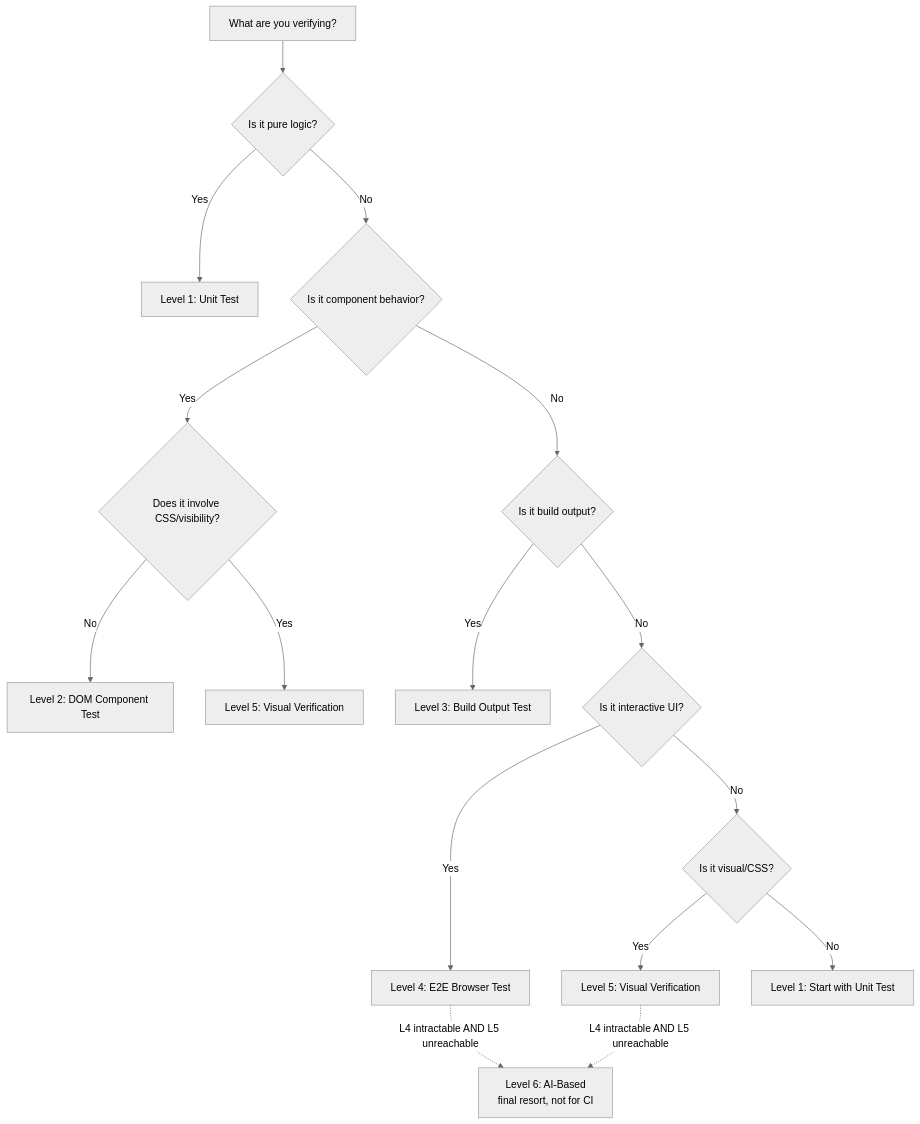
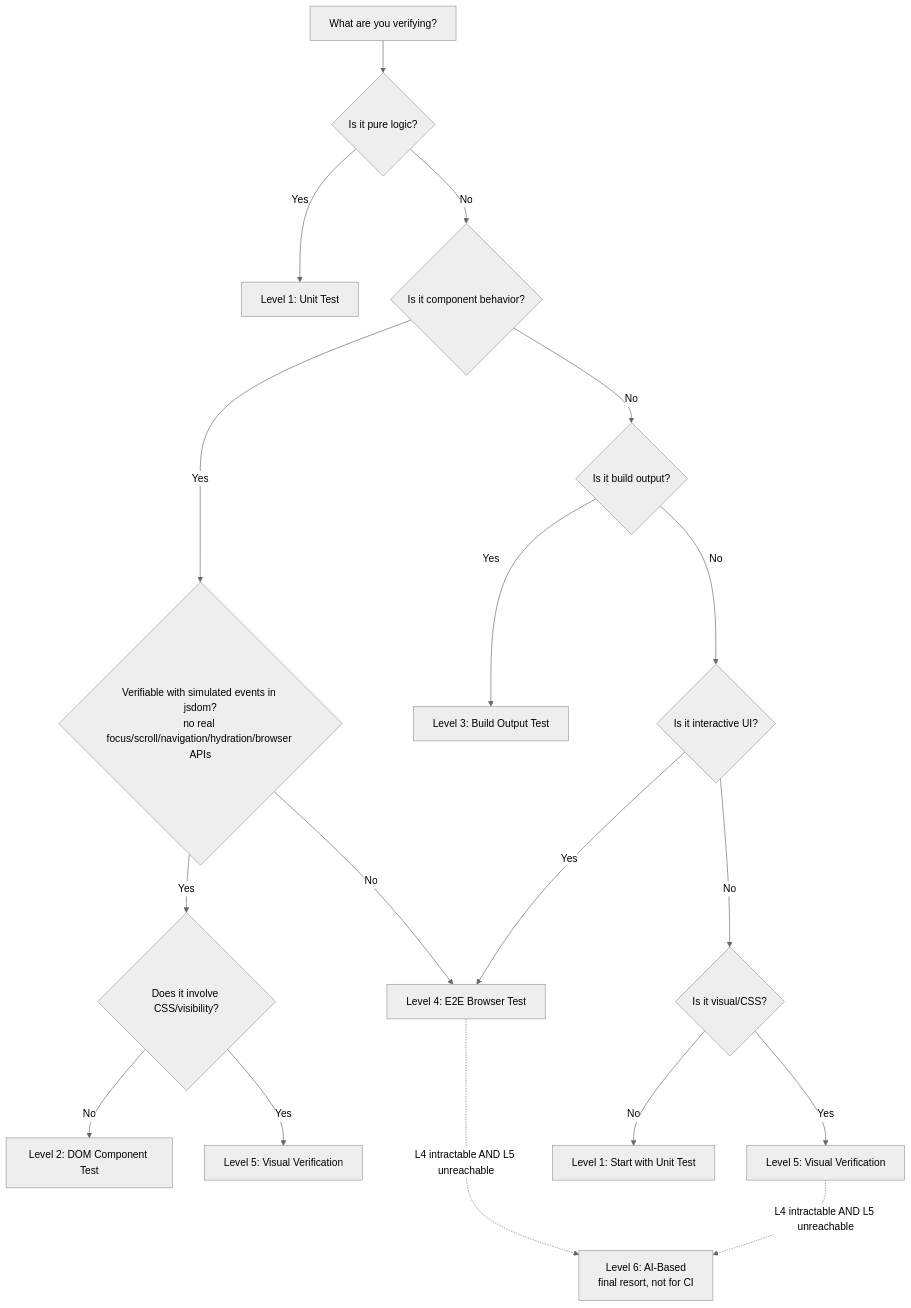
Before and after one commit to Takazudo/zudo-test-wisdom: the diagram in src/content/docs/decision-guide/quick-decision.mdx, drawn with Mermaid (neutral theme). The commit also changed other lines of this file and 1 other file, not shown here.

````diff
--- a/src/content/docs/decision-guide/quick-decision.mdx
+++ b/src/content/docs/decision-guide/quick-decision.mdx
@@ -31,18 +29,20 @@
 ```mermaid
 flowchart TD
   A[What are you verifying?] --> B{Is it pure logic?}
   B -->|Yes| L1[Level 1: Unit Test]
   B -->|No| C{Is it component behavior?}
-  C -->|Yes| D{Does it involve CSS/visibility?}
+  C -->|Yes| D2{Verifiable with simulated events in jsdom?<br/>no real focus/scroll/navigation/hydration/browser APIs}
+  D2 -->|No| L4[Level 4: E2E Browser Test]
+  D2 -->|Yes| D{Does it involve CSS/visibility?}
   D -->|No| L2[Level 2: DOM Component Test]
   D -->|Yes| L5a[Level 5: Visual Verification]
   C -->|No| E{Is it build output?}
   E -->|Yes| L3[Level 3: Build Output Test]
   E -->|No| F{Is it interactive UI?}
-  F -->|Yes| L4[Level 4: E2E Browser Test]
+  F -->|Yes| L4
   F -->|No| G{Is it visual/CSS?}
   G -->|Yes| L5b[Level 5: Visual Verification]
   G -->|No| L1b[Level 1: Start with Unit Test]
   L4 -. L4 intractable AND L5 unreachable .-> L6[Level 6: AI-Based<br/>final resort, not for CI]
   L5b -. L4 intractable AND L5 unreachable .-> L6
 ```
````
